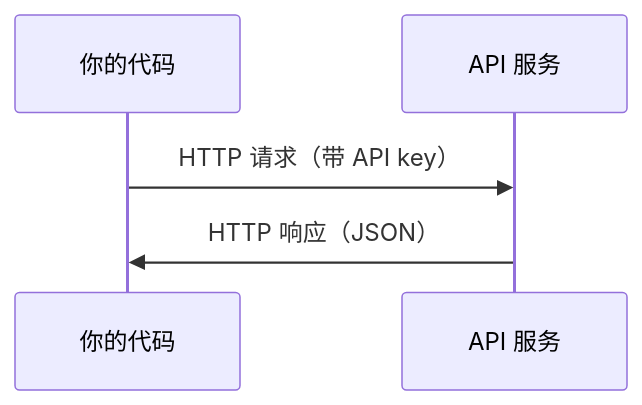
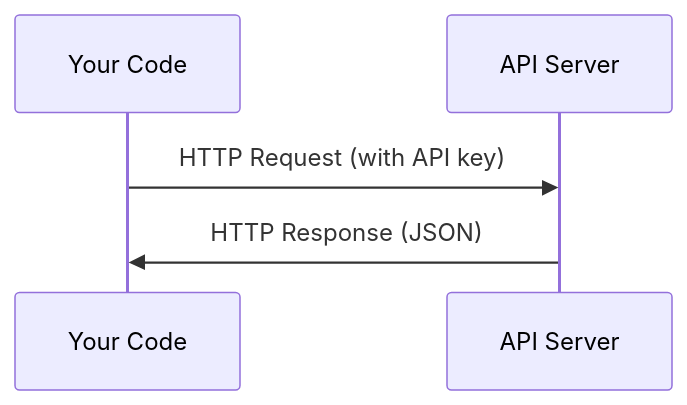
One commit to omigaZen/ai-engineering-from-scratch changed the diagram in phases/00-setup-and-tooling/04-apis-and-keys/docs/zh.md. Above: the diagram before and after it, drawn with Mermaid. The commit also changed 32 other files, not shown here.

````diff
--- a/phases/00-setup-and-tooling/04-apis-and-keys/docs/zh.md
+++ b/phases/00-setup-and-tooling/04-apis-and-keys/docs/zh.md
@@ -23,7 +23,7 @@
 ```mermaid
 sequenceDiagram
-    participant C as 你的代码
-    participant S as API 服务
-    C->>S: HTTP 请求（带 API key）
-    S->>C: HTTP 响应（JSON）
+    participant C as Your Code
+    participant S as API Server
+    C->>S: HTTP Request (with API key)
+    S->>C: HTTP Response (JSON)
 ```
````
